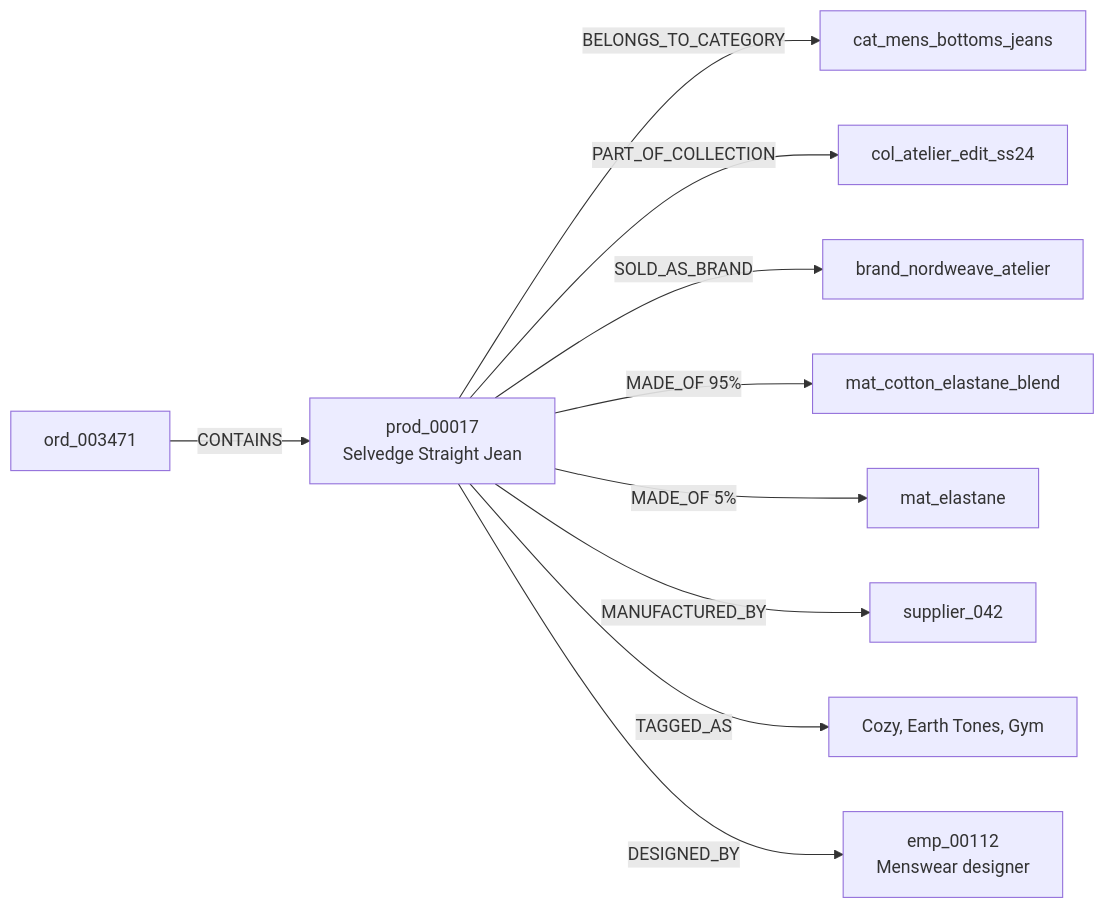
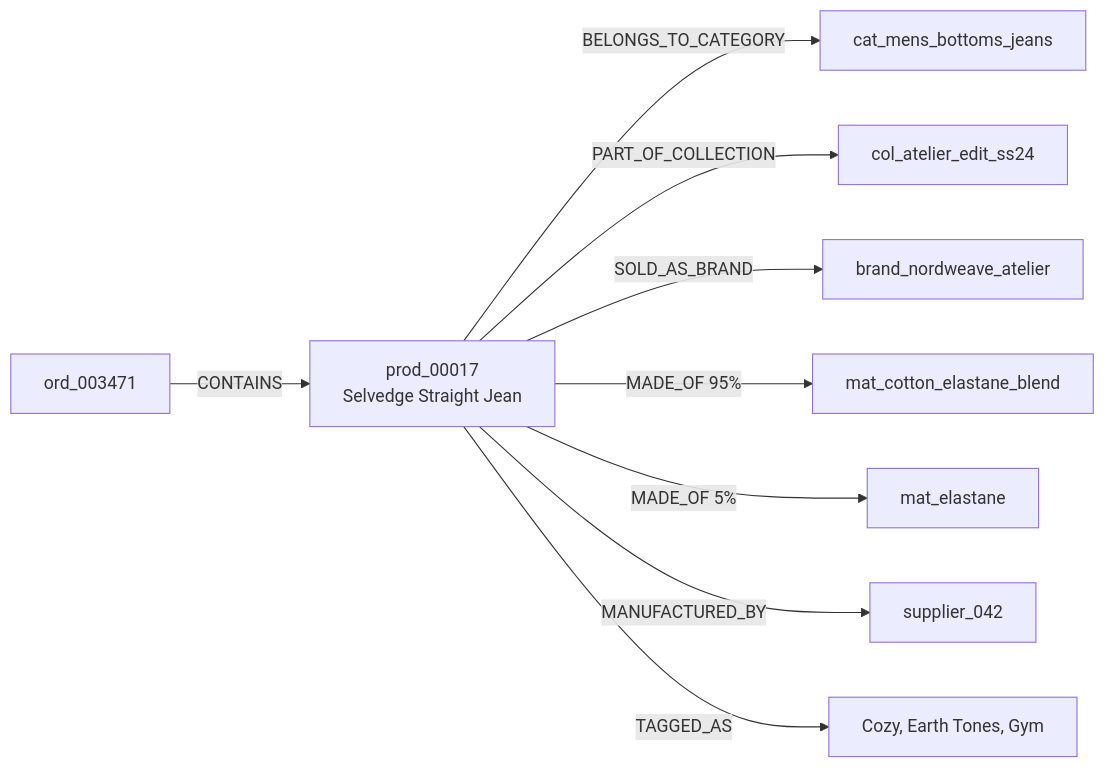
Before and after one commit to arangodb/docs-hugo: the first of 4 diagrams in site/content/agentic-ai-suite/tutorials/from-postgresql-to-graph-powered-catalog/graph-visualizer.md, drawn with Mermaid. The commit also changed other lines of this file and 9 other files, not shown here.

````diff
--- a/site/content/agentic-ai-suite/tutorials/from-postgresql-to-graph-powered-catalog/graph-visualizer.md
+++ b/site/content/agentic-ai-suite/tutorials/from-postgresql-to-graph-powered-catalog/graph-visualizer.md
@@ -156,23 +159,21 @@
 ```mermaid
 graph LR
   ord["ord_003471"]
   prod["prod_00017<br/>Selvedge Straight Jean"]
   cat["cat_mens_bottoms_jeans"]
   col["col_atelier_edit_ss24"]
   brand["brand_nordweave_atelier"]
   mat1["mat_cotton_elastane_blend"]
   mat2["mat_elastane"]
   sup["supplier_042"]
   tags["Cozy, Earth Tones, Gym"]
-  emp["emp_00112<br/>Menswear designer"]
 
   ord -->|CONTAINS| prod
   prod -->|BELONGS_TO_CATEGORY| cat
   prod -->|PART_OF_COLLECTION| col
   prod -->|SOLD_AS_BRAND| brand
   prod -->|MADE_OF 95%| mat1
   prod -->|MADE_OF 5%| mat2
   prod -->|MANUFACTURED_BY| sup
   prod -->|TAGGED_AS| tags
-  prod -->|DESIGNED_BY| emp
 ```
````
